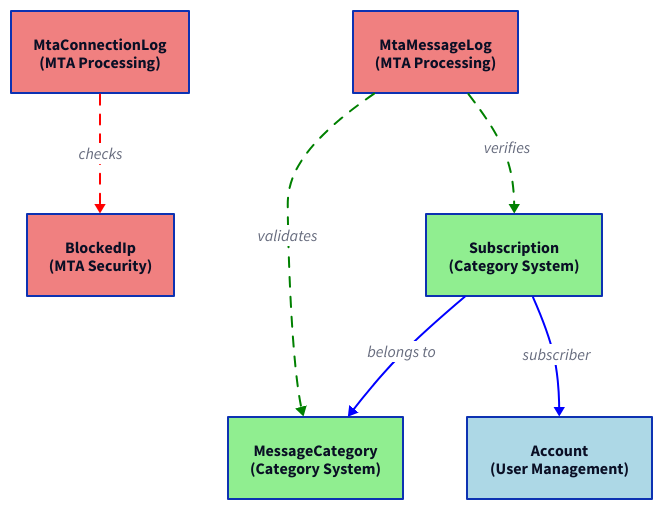
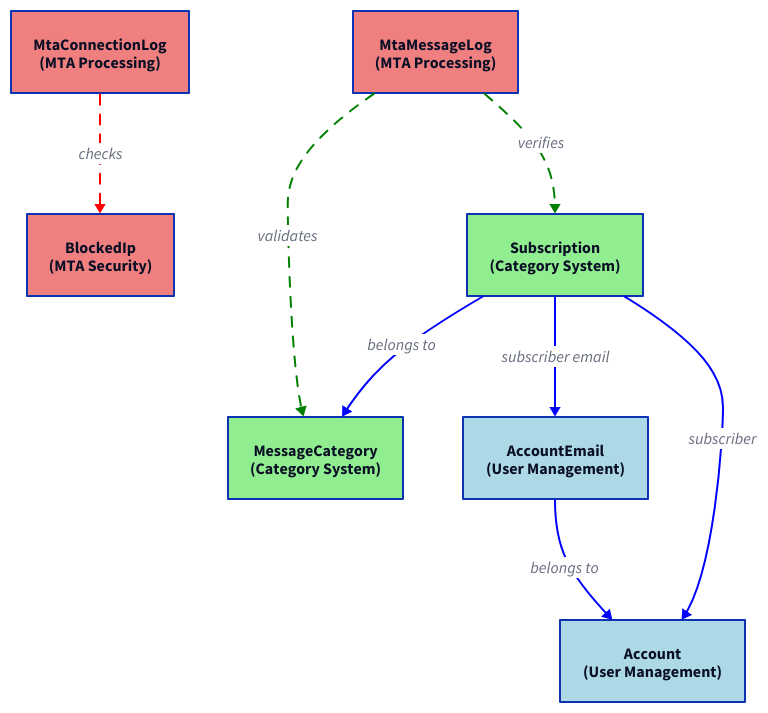
Before and after one commit to enaut/kommunikationszentrum: the diagram in docs/src/appendices/database-schema-er-simplified.d2, drawn with D2. The commit also changed 94 other files, not shown here.

```diff
--- a/docs/src/appendices/database-schema-er-simplified.d2
+++ b/docs/src/appendices/database-schema-er-simplified.d2
@@ -1,40 +1,49 @@
 direction: down
 
 account: "Account\n(User Management)" {
+  style.fill: lightblue
+}
+account_emails: "AccountEmail\n(User Management)" {
   style.fill: lightblue
 }
 mta_connection_log: "MtaConnectionLog\n(MTA Processing)" {
   style.fill: lightcoral
 }
 mta_message_log: "MtaMessageLog\n(MTA Processing)" {
   style.fill: lightcoral
 }
 blocked_ips: "BlockedIp\n(MTA Security)" {
   style.fill: lightcoral
 }
 message_categories: "MessageCategory\n(Category System)" {
   style.fill: lightgreen
 }
 subscriptions: "Subscription\n(Category System)" {
   style.fill: lightgreen
 }
 
+account_emails -> account: "belongs to" {
+  style.stroke: blue
+}
 subscriptions -> message_categories: "belongs to" {
+  style.stroke: blue
+}
+subscriptions -> account_emails: "subscriber email" {
   style.stroke: blue
 }
 subscriptions -> account: "subscriber" {
   style.stroke: blue
 }
 
 mta_connection_log -> blocked_ips: "checks" {
   style.stroke: red
   style.stroke-dash: 5
 }
 mta_message_log -> message_categories: "validates" {
   style.stroke: green
   style.stroke-dash: 5
 }
 mta_message_log -> subscriptions: "verifies" {
   style.stroke: green
   style.stroke-dash: 5
 }
```
